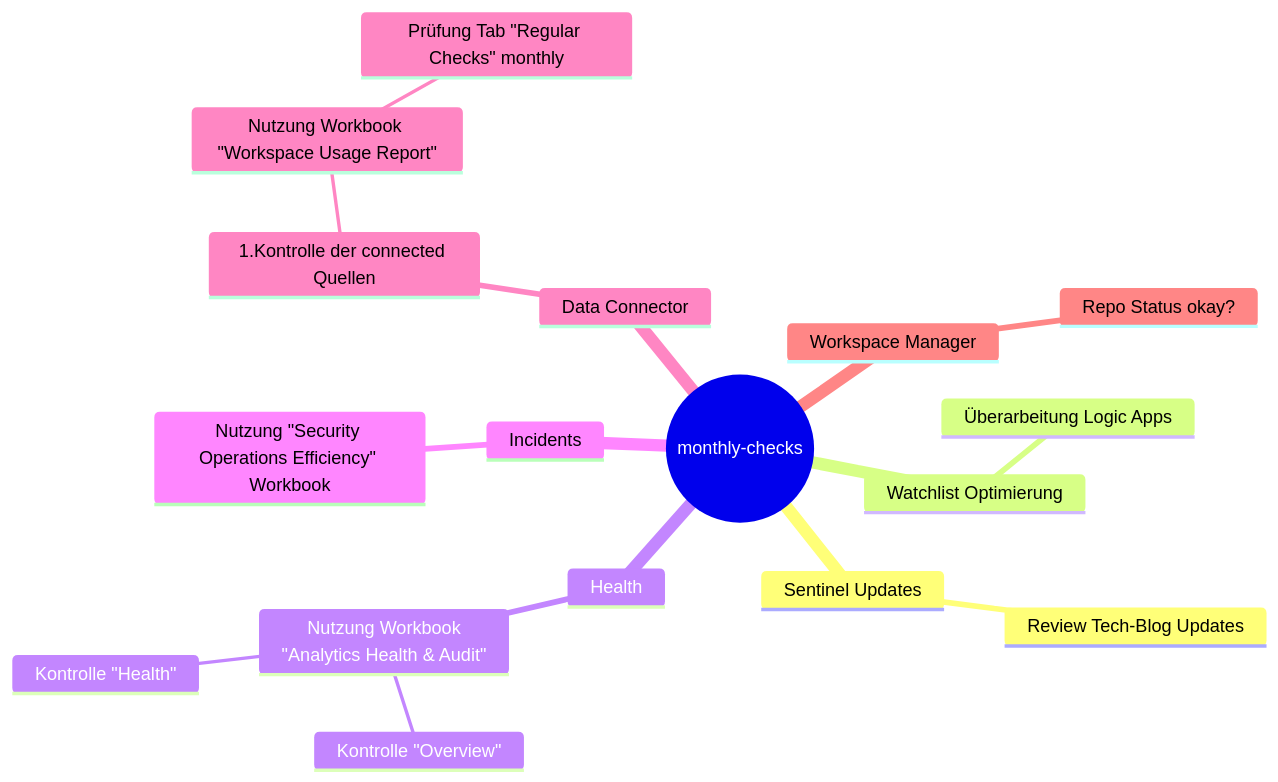
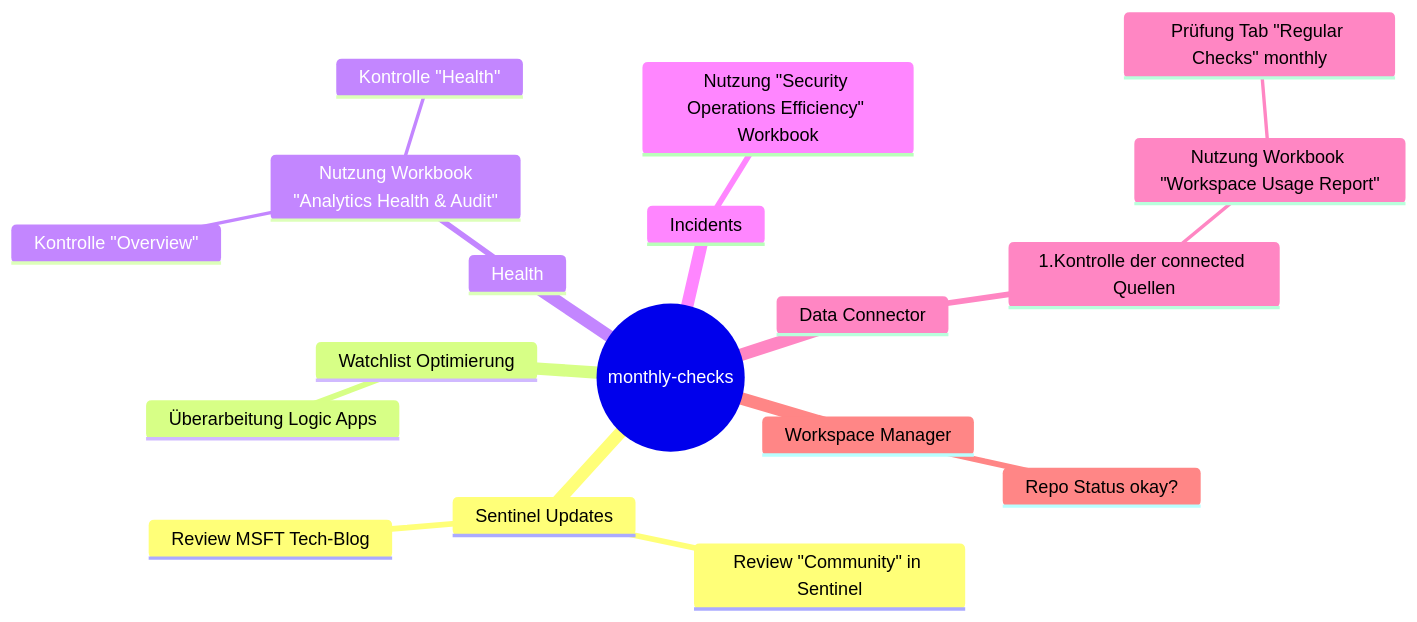
The diagram in soc-l2-monthly.md (socGPT/msft-sentinel-pilot), drawn with Mermaid before and after one commit.

````diff
--- a/soc-l2-monthly.md
+++ b/soc-l2-monthly.md
@@ -10,20 +10,21 @@
 ```mermaid
 mindmap
   root((monthly-checks))
     Sentinel Updates
-      Review Tech-Blog Updates
+      Review "Community" in Sentinel
+      Review MSFT Tech-Blog
     Watchlist Optimierung
       Überarbeitung Logic Apps
     Health
       Nutzung Workbook<br />"Analytics Health & Audit"
         Kontrolle "Overview"
         Kontrolle "Health"
     Incidents
       Nutzung "Security Operations Efficiency" <br />Workbook
     Data Connector
       1.Kontrolle der connected Quellen
           Nutzung Workbook "Workspace Usage Report"
             Prüfung Tab "Regular Checks" monthly
     Workspace Manager
       Repo Status okay?
 ```
````
